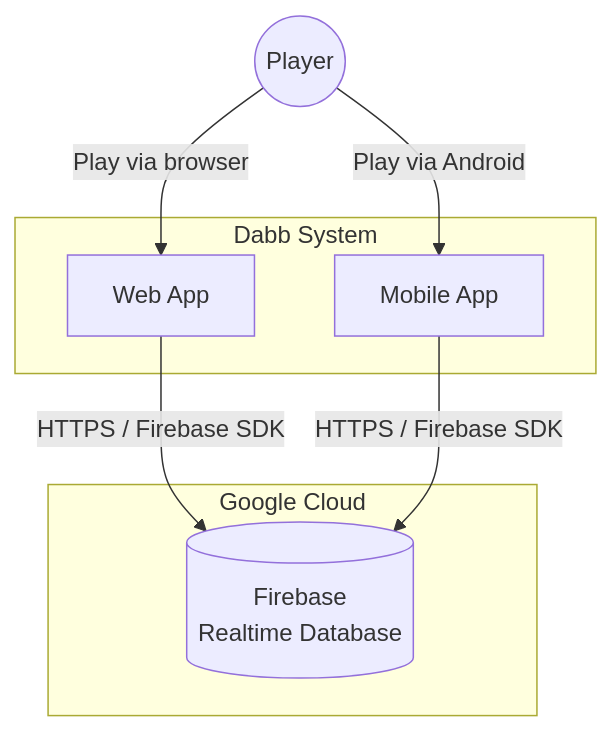
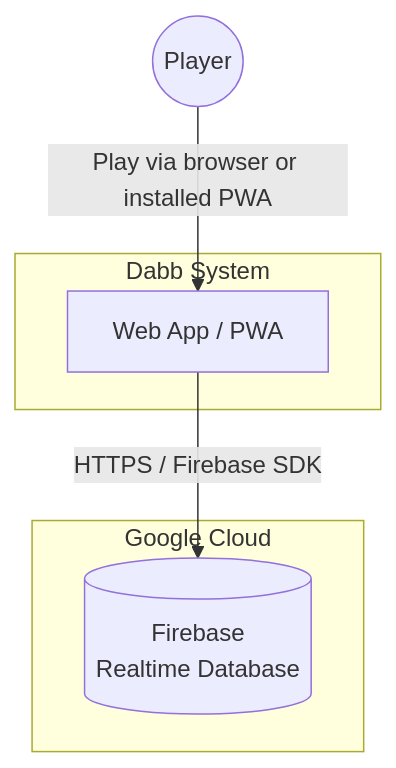
One commit to deglerj/dabb changed the first of 2 diagrams in docs/arc42/03-context-scope.md. Above: the diagram before and after it, drawn with Mermaid. The commit also changed other lines of this file and 29 other files, not shown here.

````diff
--- a/docs/arc42/03-context-scope.md
+++ b/docs/arc42/03-context-scope.md
@@ -5,18 +5,15 @@
 ```mermaid
 flowchart TB
     player((Player))
 
     subgraph dabb [Dabb System]
-        web[Web App]
-        mobile[Mobile App]
+        web[Web App / PWA]
     end
 
     subgraph google [Google Cloud]
         firebase[(Firebase\nRealtime Database)]
     end
 
-    player -->|Play via browser| web
-    player -->|Play via Android| mobile
+    player -->|Play via browser or installed PWA| web
     web -->|HTTPS / Firebase SDK| firebase
-    mobile -->|HTTPS / Firebase SDK| firebase
 ```
````
